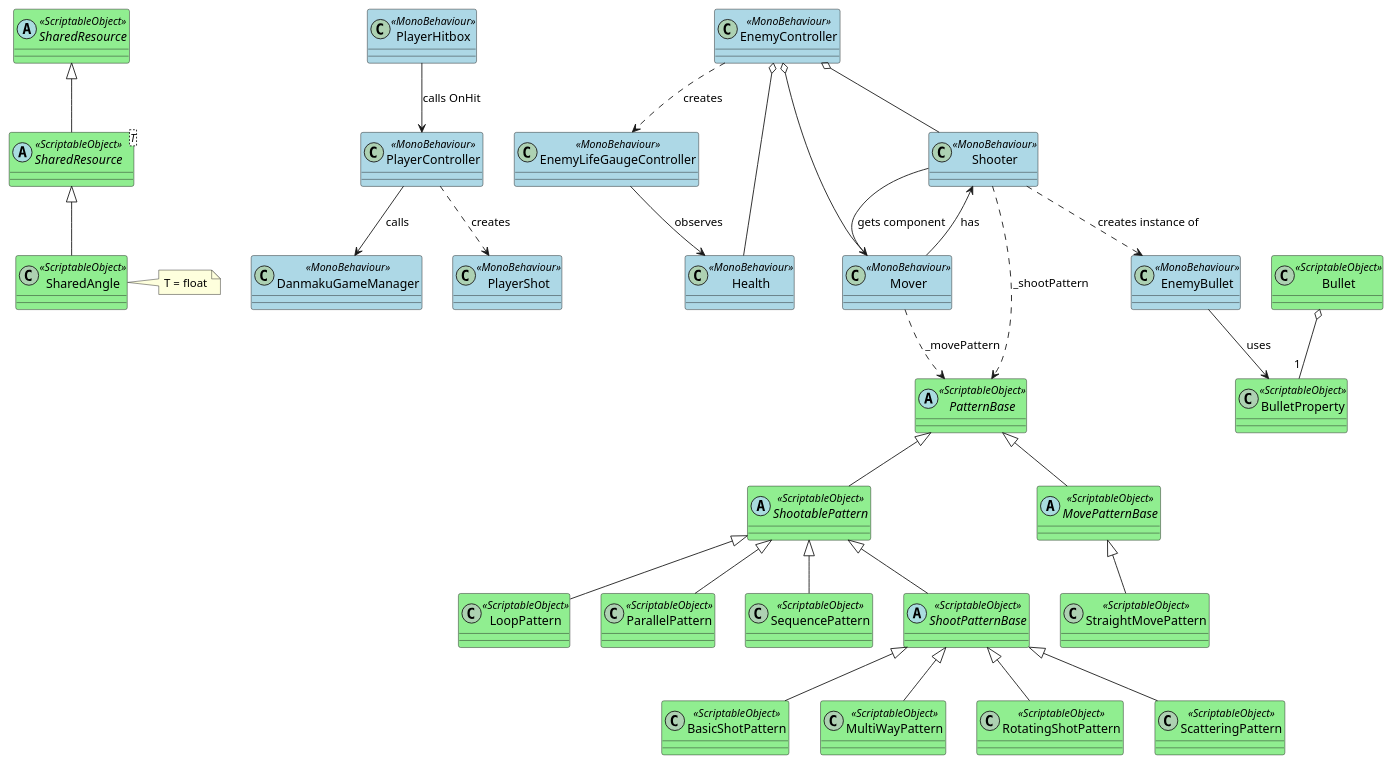
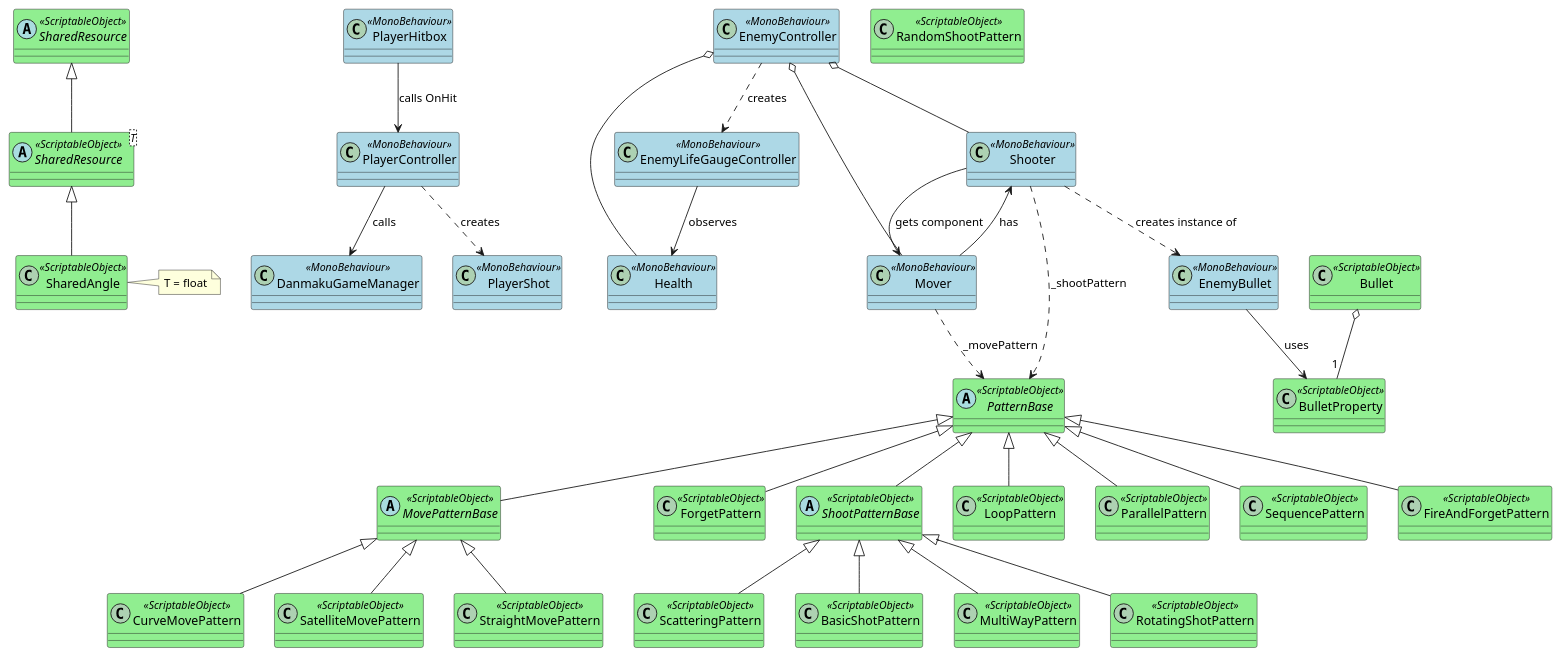
One commit to himitu-da/Touhou-Spell-Up changed the diagram in ClassDiagram.puml. Above: the diagram before and after it, drawn with PlantUML. The commit also changed 164 other files, not shown here.

```diff
--- a/ClassDiagram.puml
+++ b/ClassDiagram.puml
@@ -1,84 +1,92 @@
 @startuml ClassDiagram
 ' ステレオタイプの色設定
 skinparam class {
     BackgroundColor<<MonoBehaviour>> LightBlue
     BackgroundColor<<ScriptableObject>> LightGreen
 }
 
 ' クラスの定義
 class DanmakuGameManager <<MonoBehaviour>>
 class PlayerController <<MonoBehaviour>>
 class EnemyController <<MonoBehaviour>>
 class Health <<MonoBehaviour>>
 class Shooter <<MonoBehaviour>>
 class Mover <<MonoBehaviour>>
 
 ' --- パターン関連 ---
 abstract class PatternBase <<ScriptableObject>>
-abstract class ShootablePattern <<ScriptableObject>>
 abstract class MovePatternBase <<ScriptableObject>>
-PatternBase <|-- ShootablePattern
+class ForgetPattern <<ScriptableObject>>
 PatternBase <|-- MovePatternBase
-
+PatternBase <|-- ForgetPattern
 abstract class ShootPatternBase <<ScriptableObject>>
-ShootablePattern <|-- ShootPatternBase
+PatternBase <|-- ShootPatternBase
 
 class BasicShotPattern <<ScriptableObject>>
 class MultiWayPattern <<ScriptableObject>>
 class RotatingShotPattern <<ScriptableObject>>
 class ScatteringPattern <<ScriptableObject>>
 ShootPatternBase <|-- BasicShotPattern
 ShootPatternBase <|-- MultiWayPattern
 ShootPatternBase <|-- RotatingShotPattern
 ShootPatternBase <|-- ScatteringPattern
 
 class LoopPattern <<ScriptableObject>>
 class ParallelPattern <<ScriptableObject>>
 class SequencePattern <<ScriptableObject>>
-ShootablePattern <|-- LoopPattern
-ShootablePattern <|-- ParallelPattern
-ShootablePattern <|-- SequencePattern
+class FireAndForgetPattern <<ScriptableObject>>
+PatternBase <|-- LoopPattern
+PatternBase <|-- ParallelPattern
+PatternBase <|-- SequencePattern
+PatternBase <|-- FireAndForgetPattern
+
+class RandomShootPattern <<ScriptableObject>>
+
 
 class StraightMovePattern <<ScriptableObject>>
+class CurveMovePattern <<ScriptableObject>>
+class SatelliteMovePattern <<ScriptableObject>>
 MovePatternBase <|-- StraightMovePattern
+MovePatternBase <|-- CurveMovePattern
+MovePatternBase <|-- SatelliteMovePattern
 
 ' --- 共有リソース関連 ---
 abstract class SharedResource <<ScriptableObject>>
 abstract class "SharedResource<T>" as SharedResource_T <<ScriptableObject>>
 class SharedAngle <<ScriptableObject>>
 SharedResource <|-- SharedResource_T
 SharedResource_T <|-- SharedAngle
 note right of SharedAngle : T = float
 
 ' --- 弾関連 ---
 class Bullet <<ScriptableObject>>
 class BulletProperty <<ScriptableObject>>
 class EnemyBullet <<MonoBehaviour>>
 
 ' --- その他 ---
 class PlayerShot <<MonoBehaviour>>
 class PlayerHitbox <<MonoBehaviour>>
 class EnemyLifeGaugeController <<MonoBehaviour>>
 
 
 ' 関連
 PlayerController --> DanmakuGameManager : "calls"
 EnemyController o-- Health
 EnemyController o-- Shooter
 EnemyController o-- Mover
 Shooter --> Mover : "gets component"
 Mover --> Shooter : "has"
 
 Shooter ..> PatternBase : "_shootPattern"
 Mover ..> PatternBase : "_movePattern"
 
 Shooter ..> EnemyBullet : "creates instance of"
 Bullet o-- "1" BulletProperty
 EnemyBullet --> BulletProperty : "uses"
 
 PlayerController ..> PlayerShot : "creates"
 PlayerHitbox --> PlayerController : "calls OnHit"
 EnemyController ..> EnemyLifeGaugeController : "creates"
 EnemyLifeGaugeController --> Health : "observes"
 
 @enduml
```
